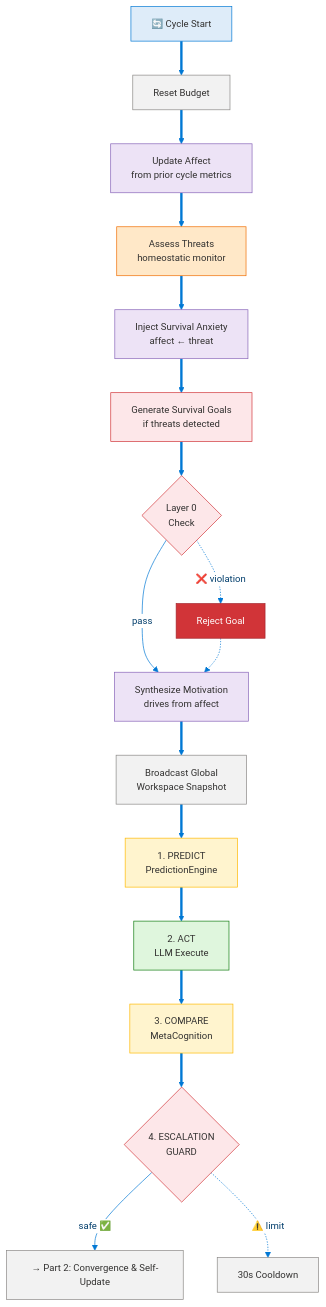
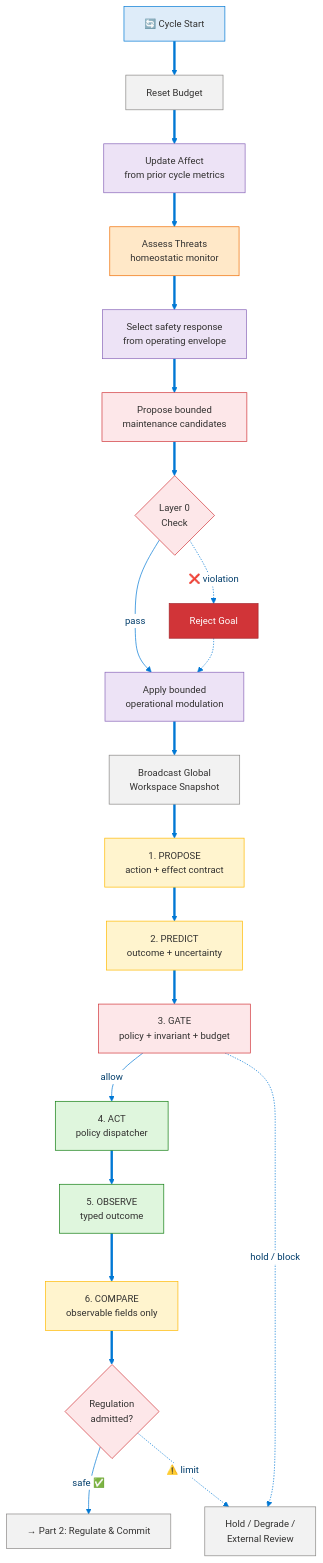
One commit to dotnetpower/mscp changed the sixth of 19 diagrams in docs/levels/Level_3_Self_Regulating_Agent.md. Above: the diagram before and after it, drawn with Mermaid. The commit also changed other lines of this file and 21 other files, not shown here.

````diff
--- a/docs/levels/Level_3_Self_Regulating_Agent.md
+++ b/docs/levels/Level_3_Self_Regulating_Agent.md
@@ -450,51 +490,58 @@
 ```mermaid
 %%{init: {'theme': 'base', 'themeVariables': {'primaryColor': '#0078D4', 'primaryTextColor': '#003D6B', 'primaryBorderColor': '#003D6B', 'secondaryColor': '#50E6FF', 'secondaryTextColor': '#323130', 'secondaryBorderColor': '#00BCF2', 'tertiaryColor': '#F2F2F2', 'tertiaryTextColor': '#323130', 'lineColor': '#0078D4', 'textColor': '#323130', 'mainBkg': '#DEECF9', 'nodeBorder': '#0078D4', 'clusterBkg': '#F2F2F2', 'clusterBorder': '#003D6B', 'titleColor': '#003D6B', 'edgeLabelBackground': '#FFFFFF', 'fontSize': '14px'}}}%%
 flowchart TD
   classDef start fill:#DEECF9,stroke:#0078D4,color:#323130
   classDef infra fill:#F2F2F2,stroke:#8A8886,color:#323130
   classDef affect fill:#EDE3F6,stroke:#8764B8,color:#323130
   classDef warning fill:#FFE8C8,stroke:#EF6C00,color:#323130
   classDef safety fill:#FDE7E9,stroke:#D13438,color:#323130
   classDef safetyStrong fill:#D13438,stroke:#A4262C,color:#FFF
   classDef predict fill:#FFF4CE,stroke:#FFB900,color:#323130
   classDef action fill:#DFF6DD,stroke:#107C10,color:#323130
   classDef neutral fill:#F2F2F2,stroke:#8A8886,color:#323130
 
   START["🔄 Cycle Start"]:::start
   RESET["Reset Budget"]:::infra
   AFFECT["Update Affect<br/>from prior cycle metrics"]:::affect
   THREAT["Assess Threats<br/>homeostatic monitor"]:::warning
-  ANXIETY["Inject Survival Anxiety<br/>affect ← threat"]:::affect
-  SGOAL["Generate Survival Goals<br/>if threats detected"]:::safety
+  ANXIETY["Select safety response<br/>from operating envelope"]:::affect
+  SGOAL["Propose bounded<br/>maintenance candidates"]:::safety
 
   L0CHECK{"Layer 0<br/>Check"}:::safety
   REJECT["Reject Goal"]:::safetyStrong
-  MOTIV["Synthesize Motivation<br/>drives from affect"]:::affect
+  MOTIV["Apply bounded<br/>operational modulation"]:::affect
   GWS["Broadcast Global<br/>Workspace Snapshot"]:::infra
 
-  PREDICT["1. PREDICT<br/>PredictionEngine"]:::predict
-  ACT["2. ACT<br/>LLM Execute"]:::action
-  COMPARE["3. COMPARE<br/>MetaCognition"]:::predict
+  PROPOSE["1. PROPOSE<br/>action + effect contract"]:::predict
+  PREDICT["2. PREDICT<br/>outcome + uncertainty"]:::predict
+  GATE["3. GATE<br/>policy + invariant + budget"]:::safety
+  ACT["4. ACT<br/>policy dispatcher"]:::action
+  OBSERVE["5. OBSERVE<br/>typed outcome"]:::action
+  COMPARE["6. COMPARE<br/>observable fields only"]:::predict
 
-  GUARD{"4. ESCALATION<br/>GUARD"}:::safety
-  COOLDOWN["30s Cooldown"]:::infra
-  NEXT["→ Part 2: Convergence & Self-Update"]:::neutral
+  GUARD{"Regulation<br/>admitted?"}:::safety
+  COOLDOWN["Hold / Degrade /<br/>External Review"]:::infra
+  NEXT["→ Part 2: Regulate & Commit"]:::neutral
 
   START ==> RESET
   RESET ==> AFFECT
   AFFECT ==> THREAT
   THREAT ==> ANXIETY
   ANXIETY ==> SGOAL
   SGOAL ==> L0CHECK
   L0CHECK -->|pass| MOTIV
   L0CHECK -.->|"❌ violation"| REJECT
   REJECT -.-> MOTIV
   MOTIV ==> GWS
 
-  GWS ==> PREDICT
-  PREDICT ==> ACT
-  ACT ==> COMPARE
+  GWS ==> PROPOSE
+  PROPOSE ==> PREDICT
+  PREDICT ==> GATE
+  GATE -->|allow| ACT
+  GATE -.->|hold / block| COOLDOWN
+  ACT ==> OBSERVE
+  OBSERVE ==> COMPARE
   COMPARE ==> GUARD
   GUARD -->|"safe ✅"| NEXT
   GUARD -.->|"⚠️ limit"| COOLDOWN
 ```
````
